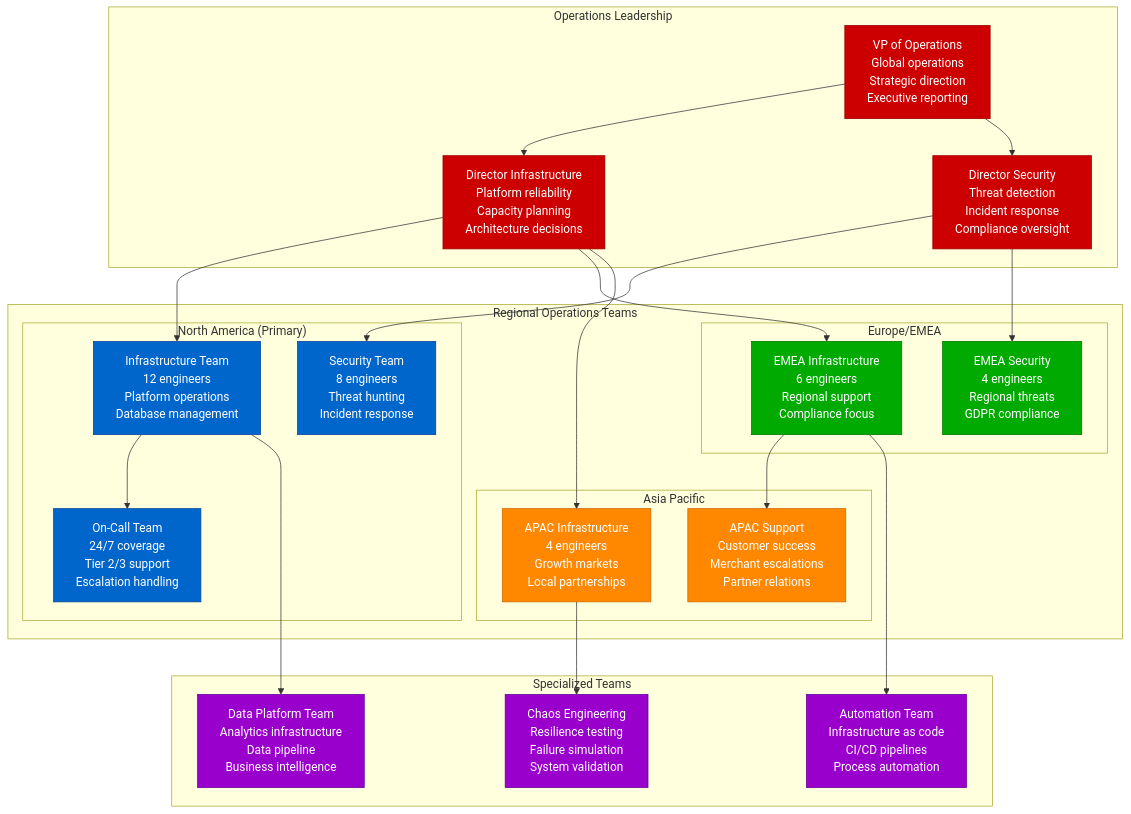
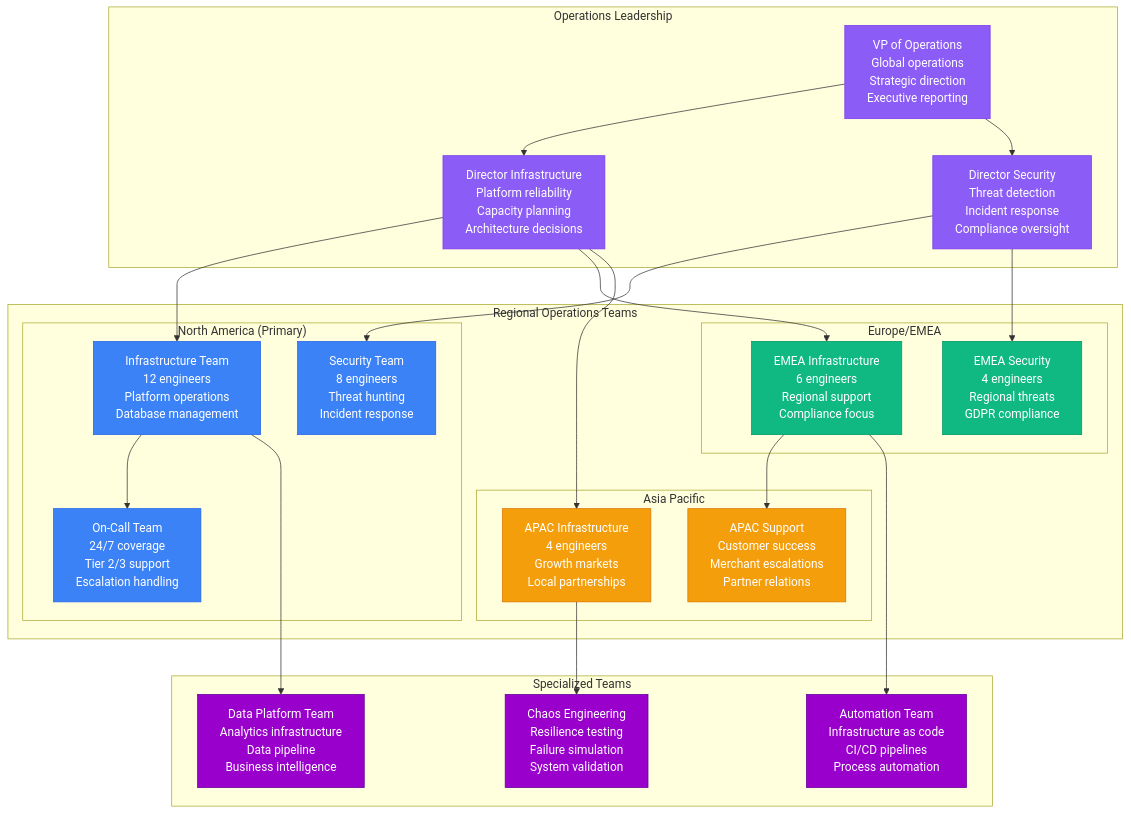
Before and after one commit to deepaucksharma/DS: the ninth of 9 diagrams in site/docs/systems/shopify/production-operations.md, drawn with Mermaid. The commit also changed other lines of this file and 303 other files, not shown here.

````diff
--- a/site/docs/systems/shopify/production-operations.md
+++ b/site/docs/systems/shopify/production-operations.md
@@ -469,67 +469,67 @@
 ```mermaid
 graph TB
     subgraph "Operations Leadership"
         VP_OPS[VP of Operations<br/>Global operations<br/>Strategic direction<br/>Executive reporting]
 
         DIR_INFRA[Director Infrastructure<br/>Platform reliability<br/>Capacity planning<br/>Architecture decisions]
 
         DIR_SECURITY[Director Security<br/>Threat detection<br/>Incident response<br/>Compliance oversight]
     end
 
     subgraph "Regional Operations Teams"
         subgraph "North America (Primary)"
             NA_INFRA[Infrastructure Team<br/>12 engineers<br/>Platform operations<br/>Database management]
             NA_SECURITY[Security Team<br/>8 engineers<br/>Threat hunting<br/>Incident response]
             NA_ON_CALL[On-Call Team<br/>24/7 coverage<br/>Tier 2/3 support<br/>Escalation handling]
         end
 
         subgraph "Europe/EMEA"
             EU_INFRA[EMEA Infrastructure<br/>6 engineers<br/>Regional support<br/>Compliance focus]
             EU_SECURITY[EMEA Security<br/>4 engineers<br/>Regional threats<br/>GDPR compliance]
         end
 
         subgraph "Asia Pacific"
             APAC_INFRA[APAC Infrastructure<br/>4 engineers<br/>Growth markets<br/>Local partnerships]
             APAC_SUPPORT[APAC Support<br/>Customer success<br/>Merchant escalations<br/>Partner relations]
         end
     end
 
     subgraph "Specialized Teams"
         DATA_TEAM[Data Platform Team<br/>Analytics infrastructure<br/>Data pipeline<br/>Business intelligence]
 
         AUTOMATION_TEAM[Automation Team<br/>Infrastructure as code<br/>CI/CD pipelines<br/>Process automation]
 
         CHAOS_TEAM[Chaos Engineering<br/>Resilience testing<br/>Failure simulation<br/>System validation]
     end
 
     %% Organizational structure
     VP_OPS --> DIR_INFRA
     VP_OPS --> DIR_SECURITY
 
     DIR_INFRA --> NA_INFRA
     DIR_INFRA --> EU_INFRA
     DIR_INFRA --> APAC_INFRA
 
     DIR_SECURITY --> NA_SECURITY
     DIR_SECURITY --> EU_SECURITY
 
     NA_INFRA --> NA_ON_CALL
     EU_INFRA --> APAC_SUPPORT
 
     NA_INFRA --> DATA_TEAM
     EU_INFRA --> AUTOMATION_TEAM
     APAC_INFRA --> CHAOS_TEAM
 
     %% Apply org colors
-    classDef leadershipStyle fill:#CC0000,stroke:#990000,color:#fff
-    classDef naStyle fill:#0066CC,stroke:#004499,color:#fff
-    classDef euStyle fill:#00AA00,stroke:#007700,color:#fff
-    classDef apacStyle fill:#FF8800,stroke:#CC6600,color:#fff
+    classDef leadershipStyle fill:#8B5CF6,stroke:#7C3AED,color:#fff
+    classDef naStyle fill:#3B82F6,stroke:#2563EB,color:#fff
+    classDef euStyle fill:#10B981,stroke:#059669,color:#fff
+    classDef apacStyle fill:#F59E0B,stroke:#D97706,color:#fff
     classDef specializedStyle fill:#9900CC,stroke:#660099,color:#fff
 
     class VP_OPS,DIR_INFRA,DIR_SECURITY leadershipStyle
     class NA_INFRA,NA_SECURITY,NA_ON_CALL naStyle
     class EU_INFRA,EU_SECURITY euStyle
     class APAC_INFRA,APAC_SUPPORT apacStyle
     class DATA_TEAM,AUTOMATION_TEAM,CHAOS_TEAM specializedStyle
 ```
````
